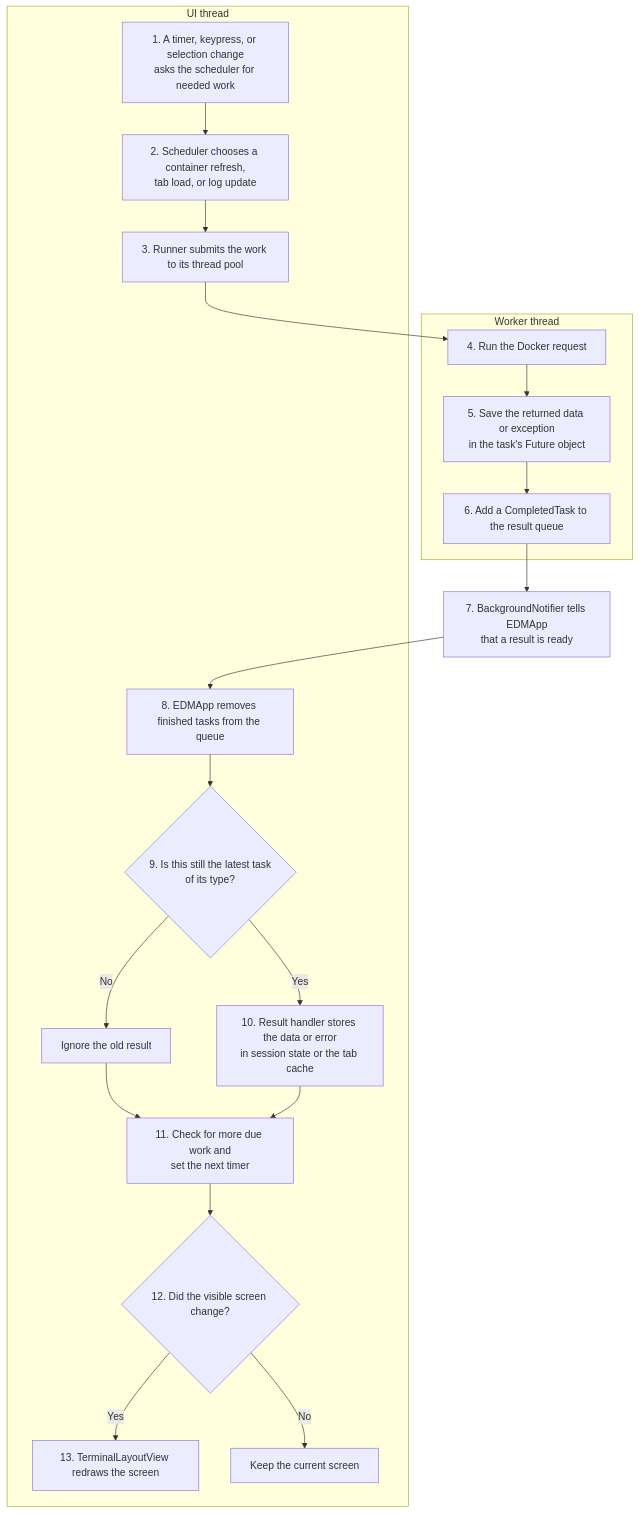
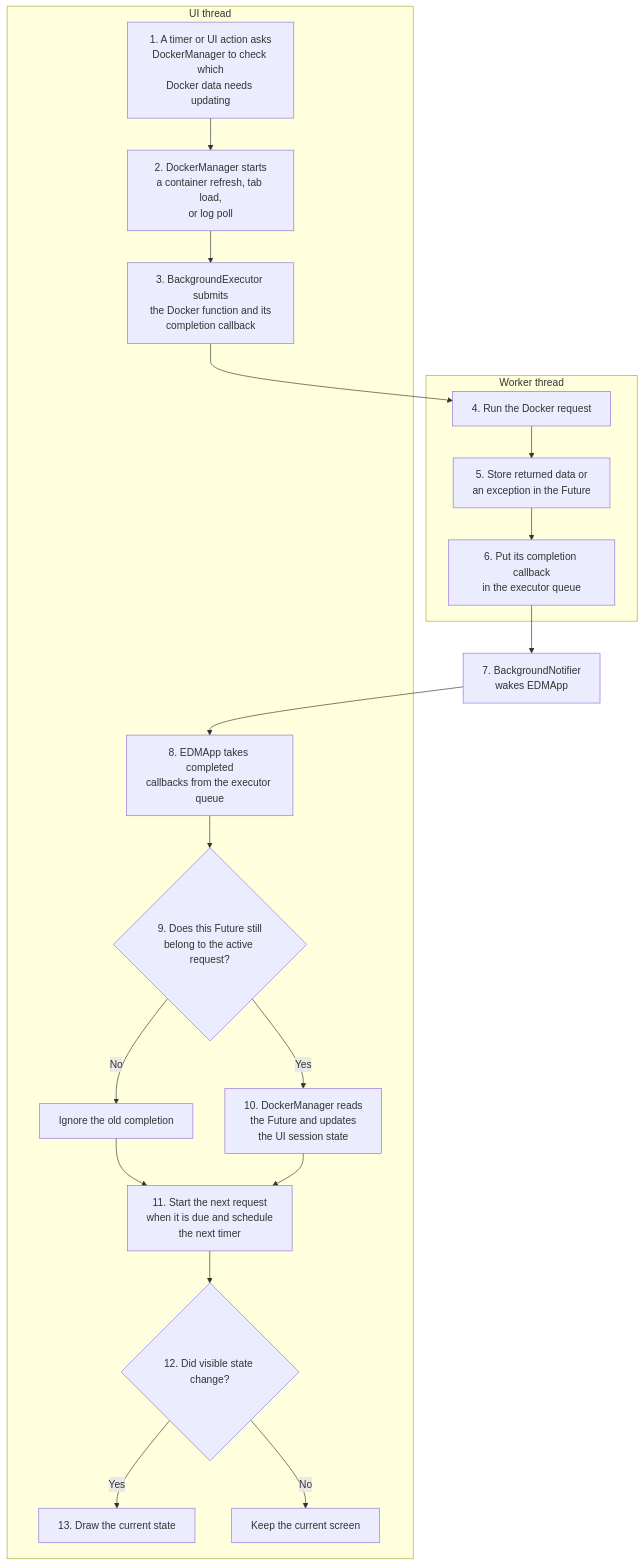
The fourth of 5 diagrams in DEVELOPMENT_GUIDE.md (arabnejad/edm), drawn with Mermaid before and after one commit. The commit also changed other lines of this file and 45 other files, not shown here.

First line of the commit message:
Refactor and simplify architecture (#45)

````diff
--- a/DEVELOPMENT_GUIDE.md
+++ b/DEVELOPMENT_GUIDE.md
@@ -237,33 +269,33 @@
 ```mermaid
 flowchart TD
     subgraph UI[UI thread]
-        Check[1. A timer, keypress, or selection change<br/>asks the scheduler for needed work]
-        Choose[2. Scheduler chooses a container refresh,<br/>tab load, or log update]
-        Submit[3. Runner submits the work to its thread pool]
-        Receive[8. EDMApp removes finished tasks from the queue]
-        Current{9. Is this still the latest task<br/>of its type?}
-        Discard[Ignore the old result]
-        Apply[10. Result handler stores the data or error<br/>in session state or the tab cache]
-        Schedule[11. Check for more due work and<br/>set the next timer]
-        Changed{12. Did the visible screen change?}
-        Draw[13. TerminalLayoutView redraws the screen]
+        Check[1. A timer or UI action asks<br/>DockerManager to check which<br/>Docker data needs updating]
+        Choose[2. DockerManager starts<br/>a container refresh, tab load,<br/>or log poll]
+        Submit[3. BackgroundExecutor submits<br/>the Docker function and its<br/>completion callback]
+        Receive[8. EDMApp takes completed<br/>callbacks from the executor queue]
+        Current{9. Does this Future still<br/>belong to the active request?}
+        Discard[Ignore the old completion]
+        Apply[10. DockerManager reads<br/>the Future and updates<br/>the UI session state]
+        Schedule[11. Start the next request<br/>when it is due and schedule<br/>the next timer]
+        Changed{12. Did visible state change?}
+        Draw[13. Draw the current state]
         Keep[Keep the current screen]
     end
 
     subgraph Worker[Worker thread]
         Request[4. Run the Docker request]
-        Finish[5. Save the returned data or exception<br/>in the task's Future object]
-        Queue[6. Add a CompletedTask to the result queue]
+        Finish[5. Store returned data or<br/>an exception in the Future]
+        Queue[6. Put its completion callback<br/>in the executor queue]
     end
 
-    Notify[7. BackgroundNotifier tells EDMApp<br/>that a result is ready]
+    Notify[7. BackgroundNotifier<br/>wakes EDMApp]
 
     Check --> Choose --> Submit --> Request
     Request --> Finish --> Queue --> Notify --> Receive
     Receive --> Current
     Current -- No --> Discard --> Schedule
     Current -- Yes --> Apply --> Schedule
     Schedule --> Changed
     Changed -- Yes --> Draw
     Changed -- No --> Keep
 ```
````
